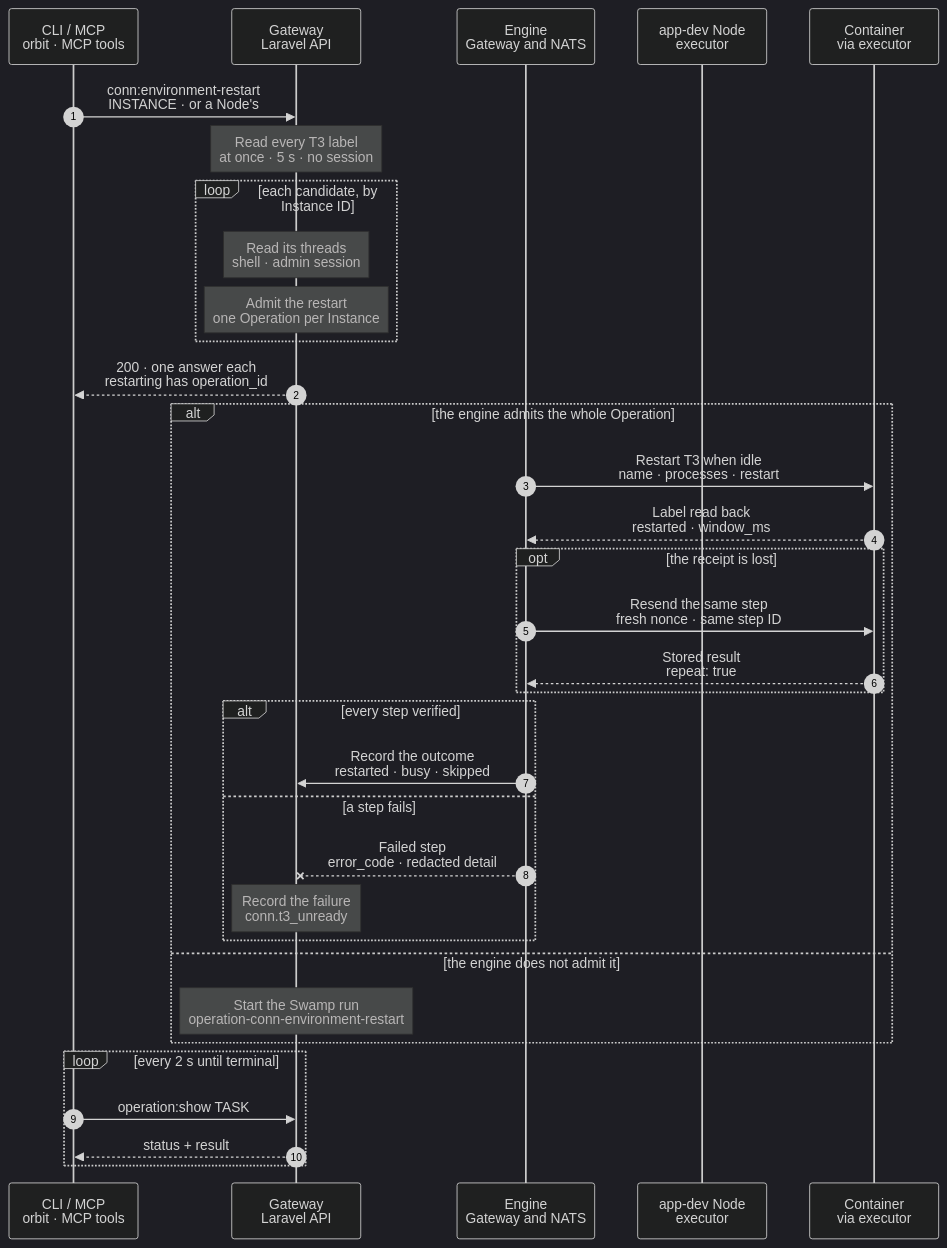
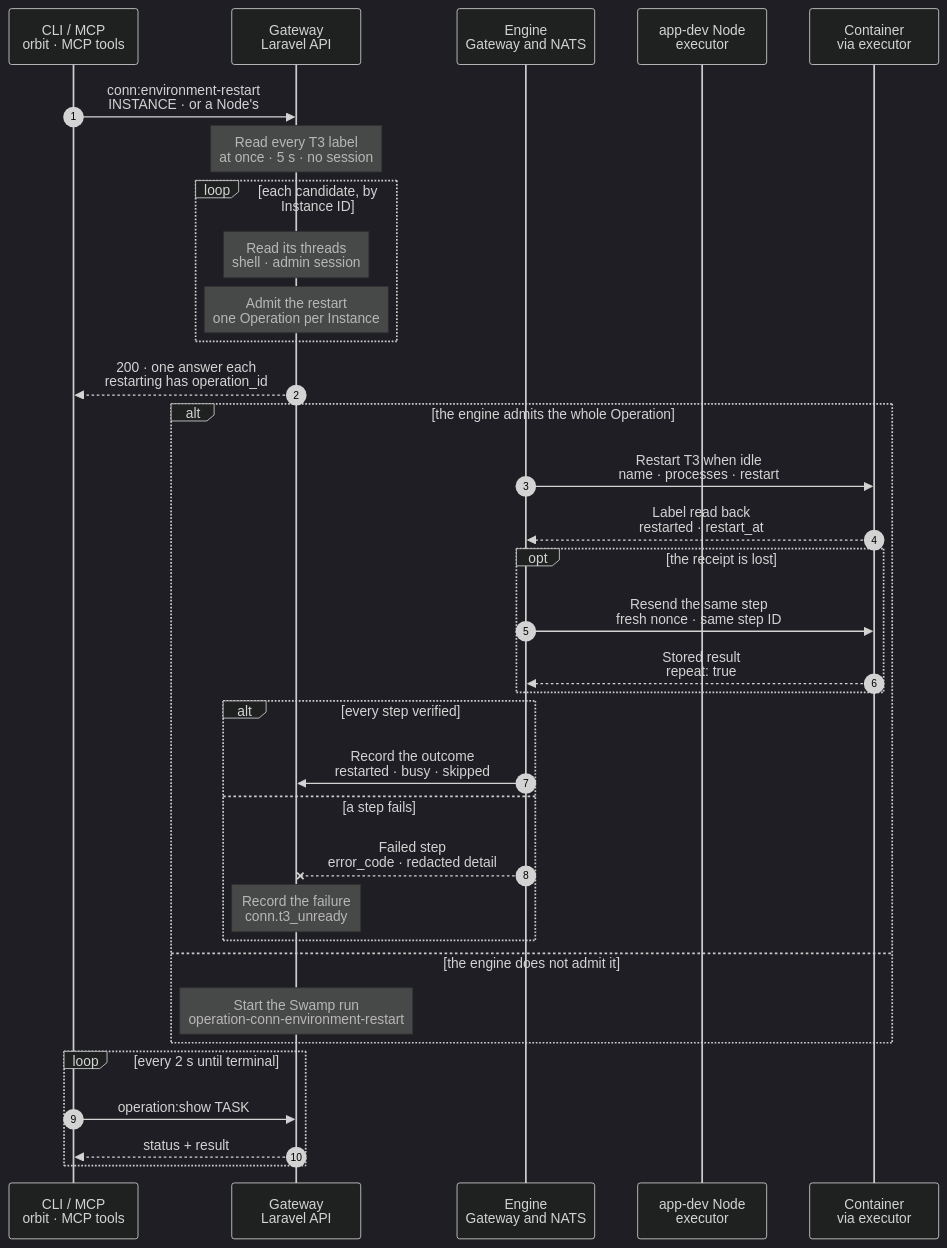
One commit to hardimpactdev/orbit changed the diagram in docs/cli/conn/engine/environment-restart.mmd. Above: the diagram before and after it, drawn with Mermaid (dark theme). The commit also changed 1 other file, not shown here.

Commit message:
Promise no DNS answer from a VPN Node whose apply failed, and label the Conn restart reply restart_at

```diff
--- a/docs/cli/conn/engine/environment-restart.mmd
+++ b/docs/cli/conn/engine/environment-restart.mmd
@@ -1,65 +1,65 @@
 sequenceDiagram
   %% conn.environment_restart on the Gateway engine: the `Restart T3` step of conn/environment-restart.mmd (workflow operation-conn-environment-restart) as one `instance` family primitive. Design for ADR 0267 and ADR 0271; no engine flow exists yet. Step names describe effects; the implementation settles action names unless an existing action is named.
   %% Desired state: T3 answers with the machine name. A lost receipt never restarts T3 twice: the journal repeats a finished result, and an `attempt` journaled before the restart call stops an interrupted replay from calling it again; it reports the original `restart_at`.
   %% status: draft
   %% command: conn:environment-restart
   %% kind: conn.environment_restart
   autonumber
   %% lane CLI icon=terminal pill=caller tone=gray
   %% lane GW icon=gateway pill=intent tone=blue
   %% lane EN icon=workflow pill=engine tone=purple
   %% lane N icon=server pill=executor tone=amber
   %% lane C icon=server pill=copy tone=green
   participant CLI as CLI / MCP<br/>orbit · MCP tools
   participant GW as Gateway<br/>Laravel API
   participant EN as Engine<br/>Gateway and NATS
   participant N as app-dev Node<br/>executor
   participant C as Container<br/>via executor
   CLI->>GW: conn:environment-restart<br/>INSTANCE · or a Node's
   Note over GW: Read every T3 label<br/>at once · 5 s · no session
   %%> Same answers without an Operation as conn/environment-restart.mmd: skipped (frozen, stopped, no_t3, t3_unreadable) or current
   loop each candidate, by Instance ID
     Note over GW: Read its threads<br/>shell · admin session
     %%> The busy rule stays in the Gateway: a working run or pending runtime request answers `busy` `t3_working`; another Conn Operation `conn_operation`; at most four restarts a call, 120 s in all
     Note over GW: Admit the restart<br/>one Operation per Instance
     %%> The Operation holds the Instance's lock; its intent has no session
   end
   GW-->>CLI: 200 · one answer each<br/>restarting has operation_id
   alt the engine admits the whole Operation
     %%> Admission, one decision per Operation (EngineKinds::routes): `conn.environment_restart` is in `ORBIT_ENGINE_KINDS`, the Node reports the T3 restart action, and the flow accepts the plan, else `EngineUnsupported`
     EN->>C: Restart T3 when idle<br/>name · processes · restart
     %%> Answers `skipped` `stopped` or `frozen` when the container no longer runs, `name_not_written` when /etc/machine-info lacks the name, nothing for a right label: the Gateway admitted the restart because the label was not the name, and the step restarts as the Swamp step does. Its only no-action answers are those ConnEnvironmentRestartProjection accepts: `skipped` (`frozen`, `stopped`, `name_not_written`) and `busy` (`processes`, `processes_unreadable`)
     %%> Right before the restart, reads T3's service members once: a terminal or command answers `busy` `processes` (unreadable: `processes_unreadable`) and restarts nothing
     %%> Appends an `attempt` record with `restart_at` and syncs it, then `systemctl try-restart t3.service`; nothing else restarts, the kernel hostname stays
     %%> The receipt returns the journaled `restart_at`; the Gateway computes `window_ms` from the intent's thread `read_at` to that `restart_at` (ConnEnvironmentRestartProjection::window), so a recovered result reports the original window
-    C-->>EN: Label read back<br/>restarted · window_ms
+    C-->>EN: Label read back<br/>restarted · restart_at
     %%> Readiness: reads the label on T3's port until it is the name, about 84 s at most; else `conn.t3_unready`, or `conn.t3_label_mismatch` for another label
     opt the receipt is lost
       EN->>C: Resend the same step<br/>fresh nonce · same step ID
       %%> When:
       %%> - the step passes its resend deadline with no receipt; two sends, one execution
       %%> - the Operation keeps its lock, so Instance 42 stays fenced; no other Operation and no Swamp run acts on it meanwhile
       %%> On the Node:
       %%> - the journal holds `done` for this Operation step, action and target: the executor answers the stored result with `repeat: true` and does not act again
       %%> - an `attempt` without `done` (the executor died after the restart call), on a resend or the startup replay of the `open` order: no second restart; it reads the label until the bound and answers `restarted` with the original journaled `restart_at`, or `conn.t3_unready`
       %%> - an order still `open` replays under the target lock first; an order that expired before the lock did nothing (`executor.order_expired`), and the step is sent again
       C-->>EN: Stored result<br/>repeat: true
     end
     alt every step verified
       EN->>GW: Record the outcome<br/>restarted · busy · skipped
       %%> - the kind's own projection records the result, the same rows a Swamp run records
     else a step fails
       EN--xGW: Failed step<br/>error_code · redacted detail
       %%> - a deterministic refusal is a terminal receipt too; the journal keeps it and a resend repeats it
       Note over GW: Record the failure<br/>conn.t3_unready
       %%> - the Operation does not retry; a later call takes the Instance again
     end
   else the engine does not admit it
     Note over GW: Start the Swamp run<br/>operation-conn-environment-restart
     %%> - the kind is not enabled, a Node lacks the action, `$KV.NODES` is unreadable, or the flow throws `EngineUnsupported`: the whole Operation runs operation-conn-environment-restart (conn/environment-restart.mmd)
     %%> - no step of it runs on the engine; an Operation never splits across engines
   end
   loop every 2 s until terminal
     CLI->>GW: operation:show TASK
     GW-->>CLI: status + result
   end
```
